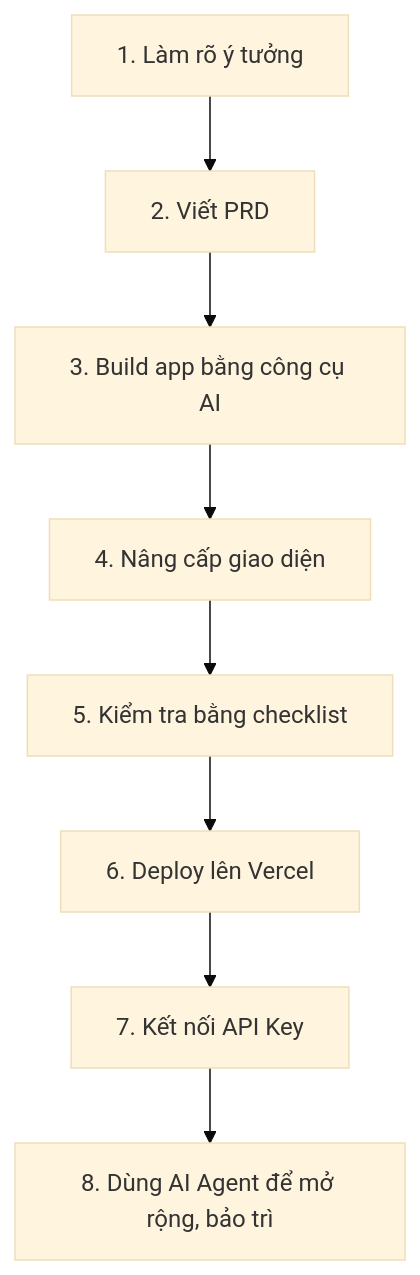
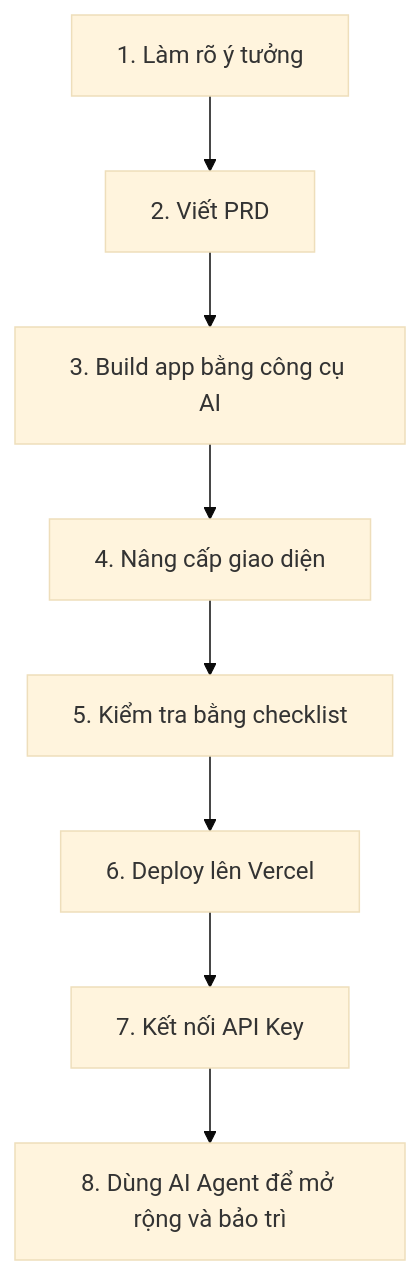
The diagram in khoa-hoc-vibe-coding-co-ban/Module 06 - Tong Ket Va Qua Tang/20-qua-tang.md (AlanKhan145/course-knowledge-base), drawn with Mermaid (base theme) before and after one commit. The commit also changed other lines of this file and 19 other files, not shown here.

````diff
--- a/khoa-hoc-vibe-coding-co-ban/Module 06 - Tong Ket Va Qua Tang/20-qua-tang.md
+++ b/khoa-hoc-vibe-coding-co-ban/Module 06 - Tong Ket Va Qua Tang/20-qua-tang.md
@@ -83,10 +105,10 @@
 ```mermaid
 flowchart TD
     A["1. Làm rõ ý tưởng"] --> B["2. Viết PRD"]
     B --> C["3. Build app bằng công cụ AI"]
     C --> D["4. Nâng cấp giao diện"]
     D --> E["5. Kiểm tra bằng checklist"]
     E --> F["6. Deploy lên Vercel"]
     F --> G["7. Kết nối API Key"]
-    G --> H["8. Dùng AI Agent để mở rộng, bảo trì"]
+    G --> H["8. Dùng AI Agent để mở rộng và bảo trì"]
 ```
````
